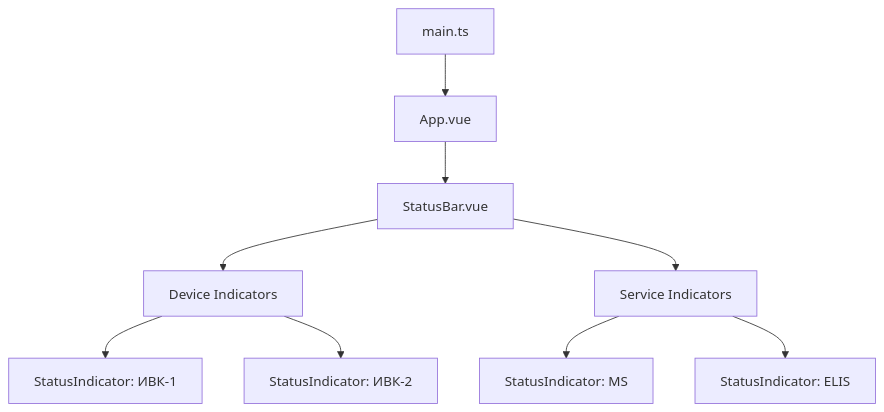
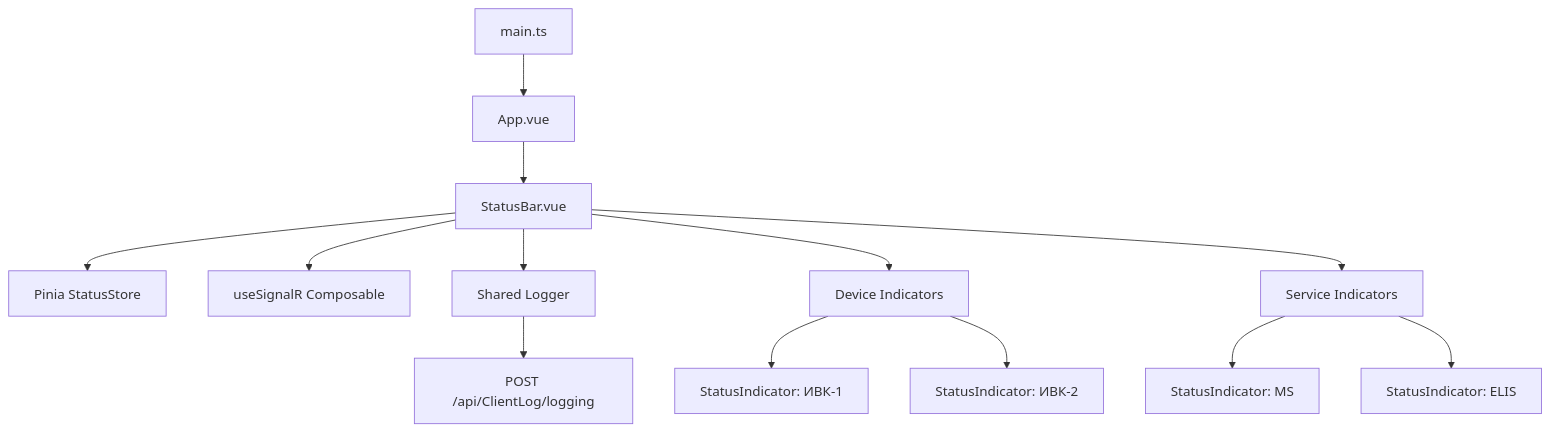
The second of 14 diagrams in docs/architecture/statusbar.md (tn-ivk/tn-doc), drawn with Mermaid before and after one commit. The commit also changed other lines of this file and 12 other files, not shown here.

````diff
--- a/docs/architecture/statusbar.md
+++ b/docs/architecture/statusbar.md
@@ -51,12 +59,17 @@
 ```mermaid
 graph TD
     Main[main.ts] --> App[App.vue]
     App --> StatusBar[StatusBar.vue]
+    StatusBar --> Store[Pinia StatusStore]
+    StatusBar --> SignalR[useSignalR Composable]
+    StatusBar --> Logger[Shared Logger]
     StatusBar --> DeviceIndicators[Device Indicators]
     StatusBar --> ServiceIndicators[Service Indicators]
 
     DeviceIndicators --> StatusIndicator1[StatusIndicator: ИВК-1]
     DeviceIndicators --> StatusIndicator2[StatusIndicator: ИВК-2]
     ServiceIndicators --> StatusIndicator3[StatusIndicator: MS]
     ServiceIndicators --> StatusIndicator4[StatusIndicator: ELIS]
+
+    Logger --> ServerAPI[POST /api/ClientLog/logging]
 ```
````
